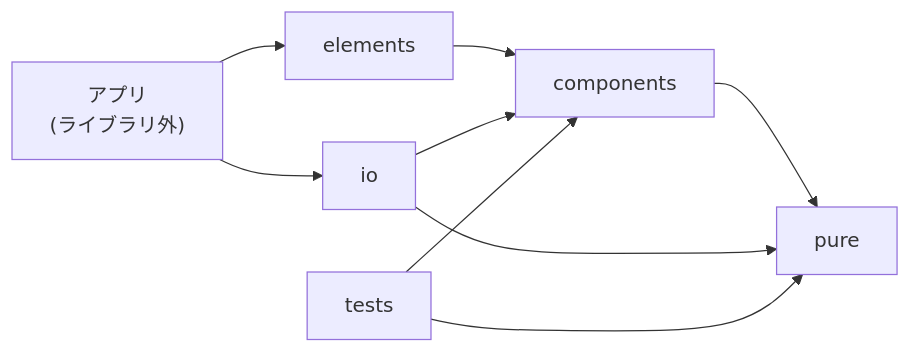
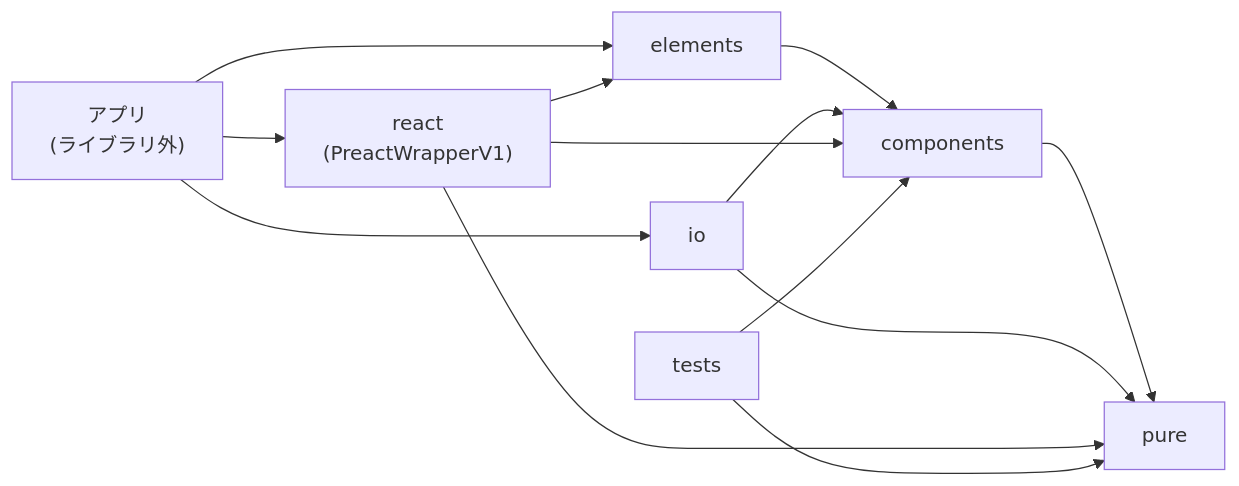
The diagram in docs/BIRDSEYE.md (nijiurachan/nijiurachan-js), drawn with Mermaid before and after one commit. The commit also changed other lines of this file and 10 other files, not shown here.

First line of the commit message:
docs(PreactWrapperV1): 基盤系docsへ react/ 層を追記し内部ずれを解消

````diff
--- a/docs/BIRDSEYE.md
+++ b/docs/BIRDSEYE.md
@@ -17,11 +17,15 @@
 ```mermaid
 flowchart LR
     Entry["アプリ<br>(ライブラリ外)"] --> Elements["elements"]
     Entry --> IO["io"]
+    Entry --> React["react<br>(PreactWrapperV1)"]
     Elements --> Components["components"]
     IO --> Components
     Components --> Pure["pure"]
     IO --> Pure
+    React --> Elements
+    React --> Components
+    React --> Pure
     Tests["tests"] --> Components
     Tests --> Pure
 ```
````
